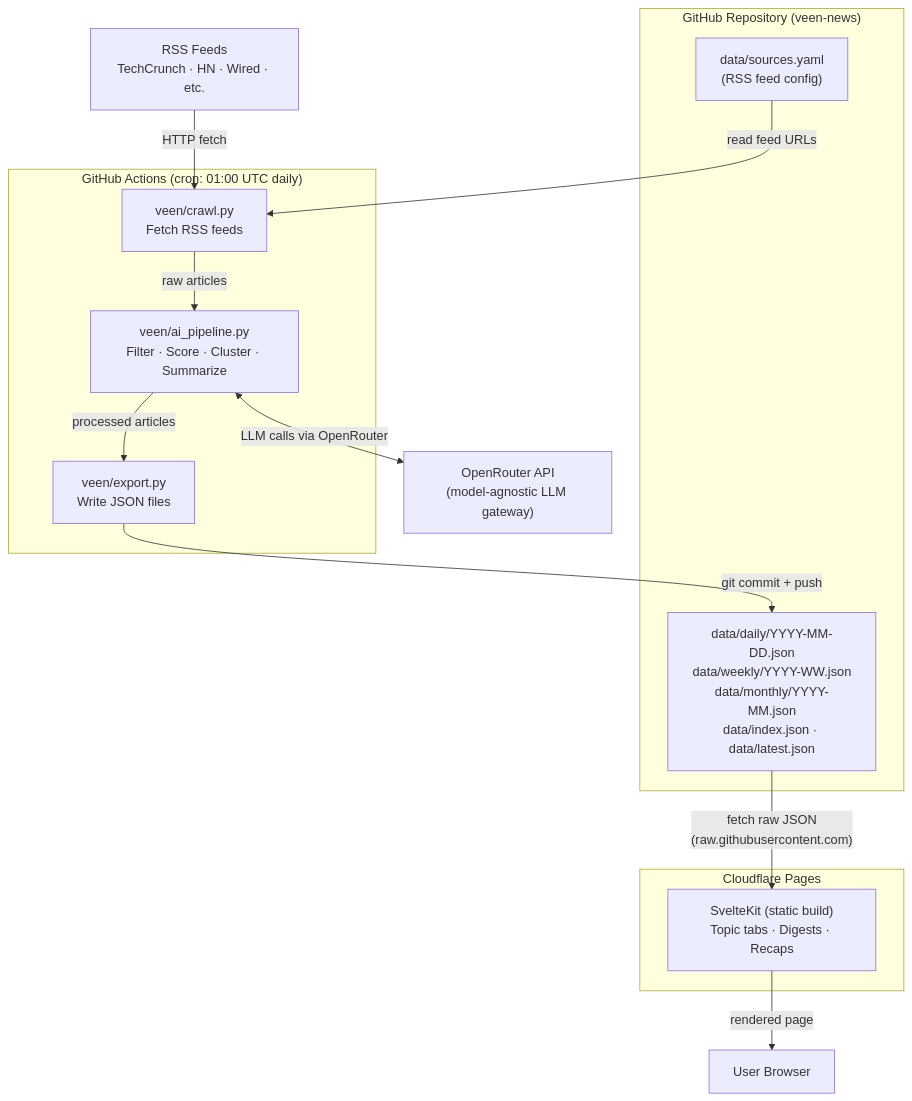
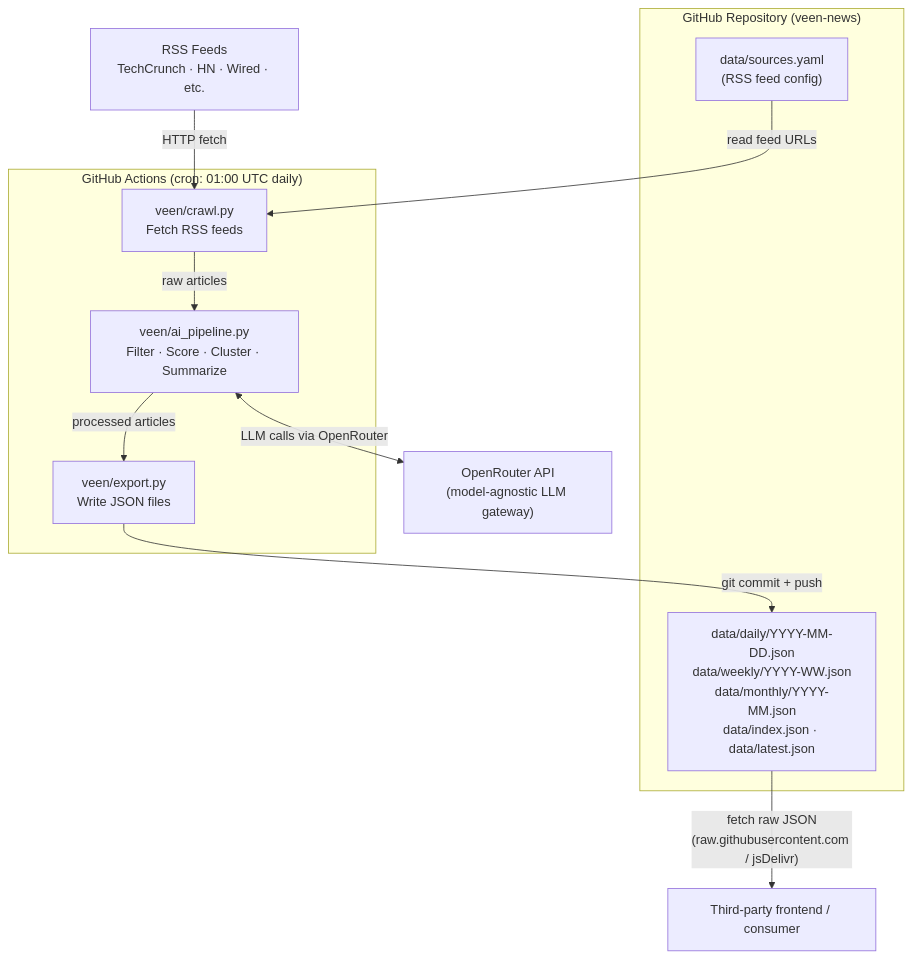
The diagram in docs/architecture/README.md (quniv/veen-news), drawn with Mermaid before and after one commit. The commit also changed other lines of this file and 31 other files, not shown here.

````diff
--- a/docs/architecture/README.md
+++ b/docs/architecture/README.md
@@ -13,30 +13,25 @@
 ```mermaid
 graph TB
     subgraph repo["GitHub Repository (veen-news)"]
         yaml["data/sources.yaml\n(RSS feed config)"]
         json["data/daily/YYYY-MM-DD.json\ndata/weekly/YYYY-WW.json\ndata/monthly/YYYY-MM.json\ndata/index.json · data/latest.json"]
     end
 
     subgraph actions["GitHub Actions (cron: 01:00 UTC daily)"]
         crawler["veen/crawl.py\nFetch RSS feeds"]
         ai["veen/ai_pipeline.py\nFilter · Score · Cluster · Summarize"]
         export["veen/export.py\nWrite JSON files"]
     end
 
-    subgraph cf["Cloudflare Pages"]
-        sk["SvelteKit (static build)\nTopic tabs · Digests · Recaps"]
-    end
-
     sources["RSS Feeds\nTechCrunch · HN · Wired · etc."]
     openrouter["OpenRouter API\n(model-agnostic LLM gateway)"]
-    browser["User Browser"]
+    consumer["Third-party frontend / consumer"]
 
     yaml -->|"read feed URLs"| crawler
     sources -->|"HTTP fetch"| crawler
     crawler -->|"raw articles"| ai
     ai <-->|"LLM calls via OpenRouter"| openrouter
     ai -->|"processed articles"| export
     export -->|"git commit + push"| json
-    json -->|"fetch raw JSON\n(raw.githubusercontent.com)"| sk
-    sk -->|"rendered page"| browser
+    json -->|"fetch raw JSON\n(raw.githubusercontent.com / jsDelivr)"| consumer
 ```
````
